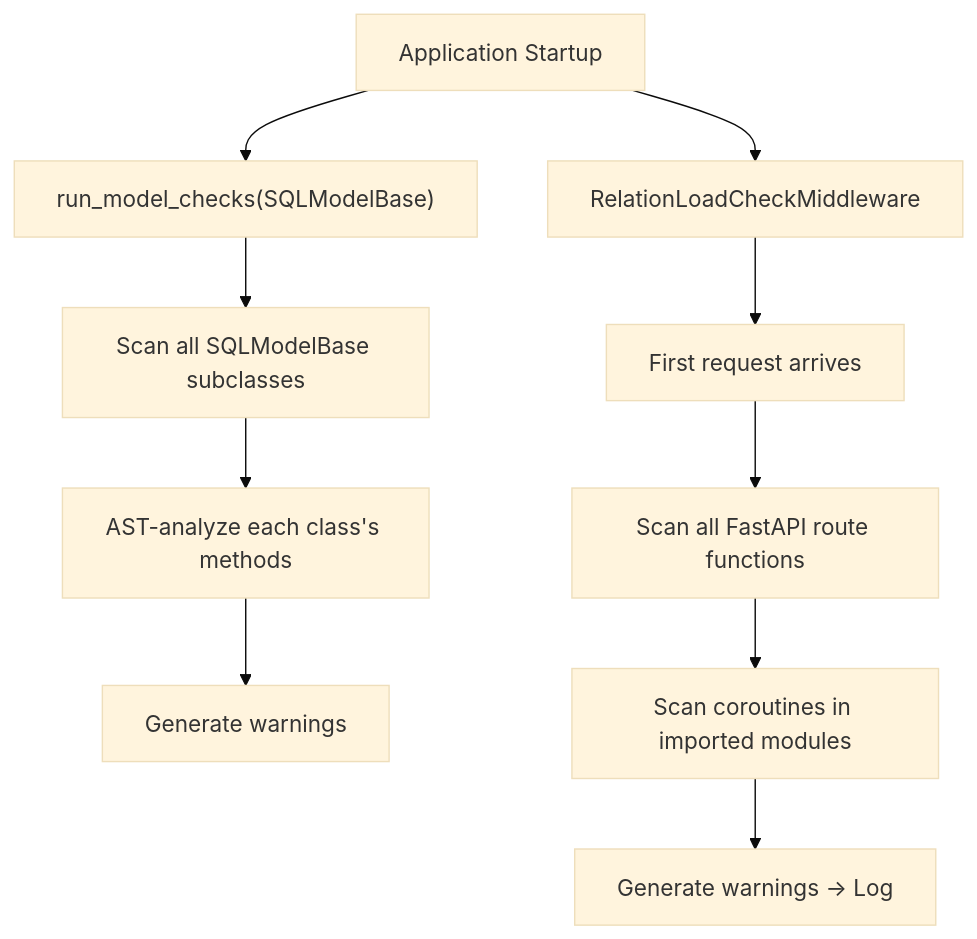
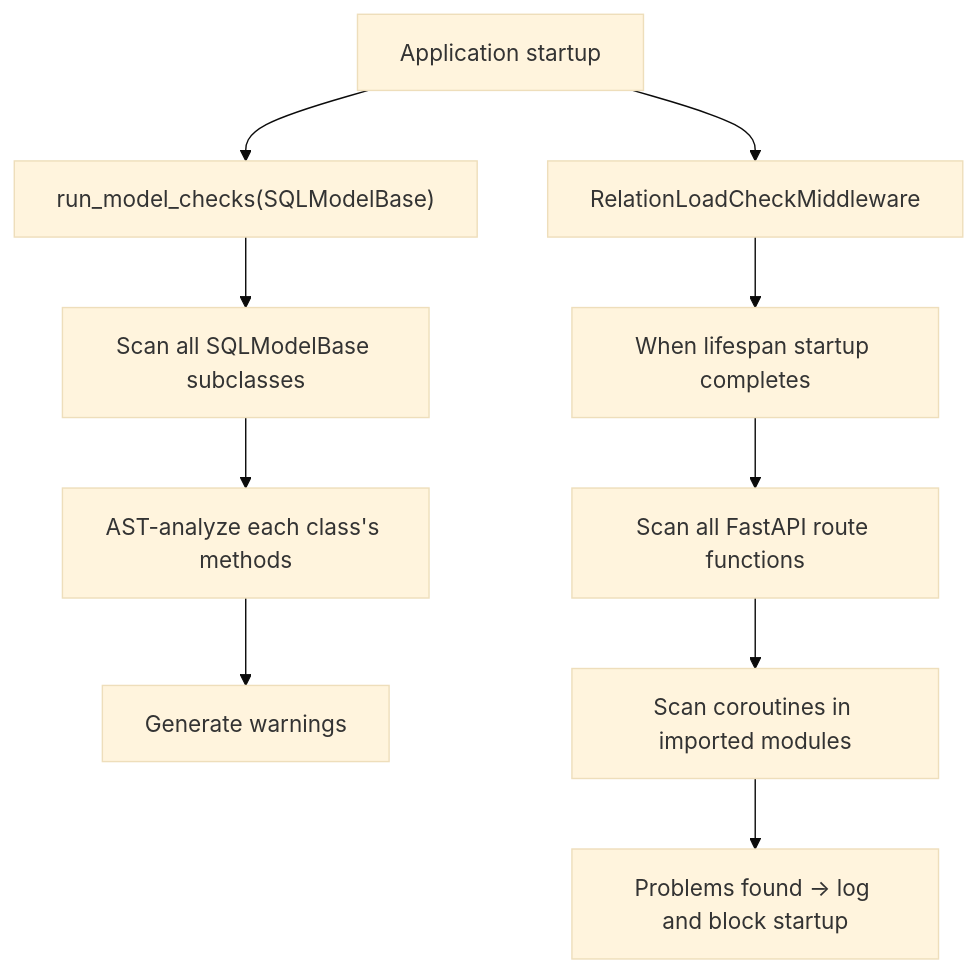
Before and after one commit to Foxerine/sqlmodel-ext: the diagram in docs/en/explanation/relation-load-checker.md, drawn with Mermaid (base theme). The commit also changed other lines of this file and 140 other files, not shown here.

````diff
--- a/docs/en/explanation/relation-load-checker.md
+++ b/docs/en/explanation/relation-load-checker.md
@@ -29,13 +44,13 @@
 ```mermaid
 flowchart TD
-    Start["Application Startup"] --> A["run_model_checks(SQLModelBase)"]
+    Start["Application startup"] --> A["run_model_checks(SQLModelBase)"]
     A --> B["Scan all SQLModelBase subclasses"]
     B --> C["AST-analyze each class's methods"]
     C --> D["Generate warnings"]
 
     Start --> E["RelationLoadCheckMiddleware"]
-    E --> F["First request arrives"]
+    E --> F["When lifespan startup completes"]
     F --> G["Scan all FastAPI route functions"]
     G --> H["Scan coroutines in imported modules"]
-    H --> I["Generate warnings → Log"]
+    H --> I["Problems found → log and block startup"]
 ```
````
